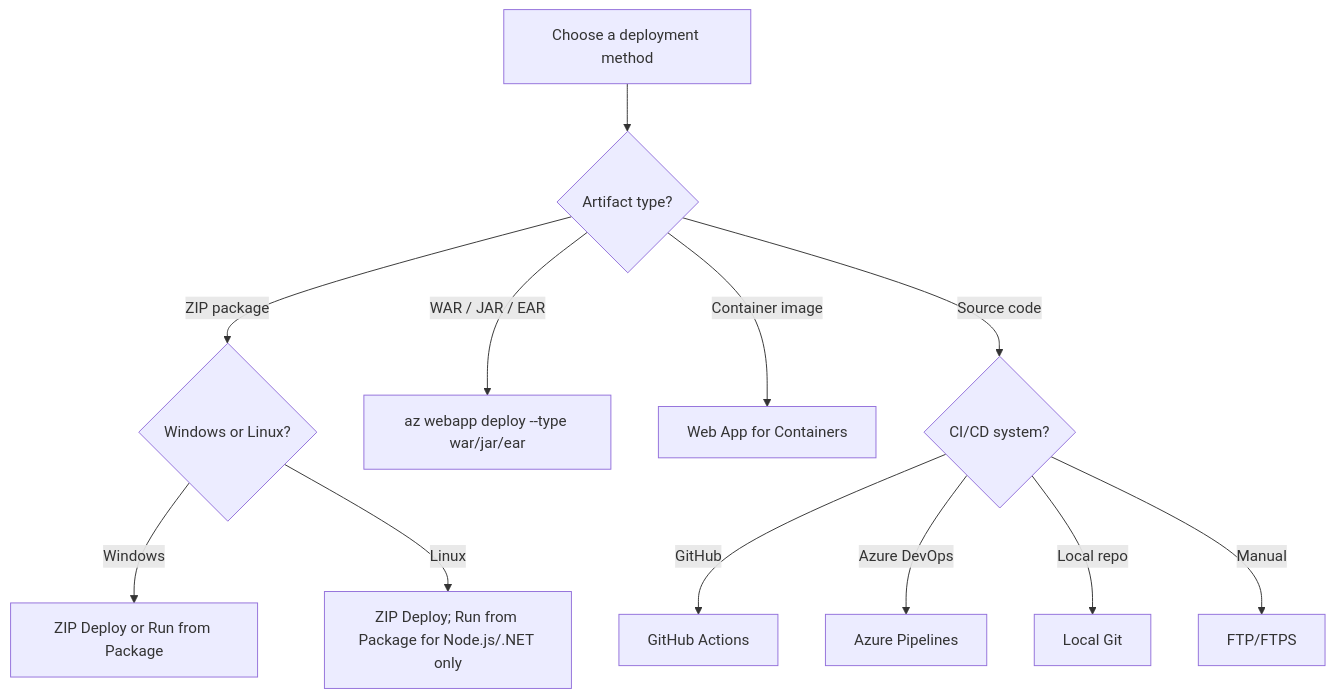
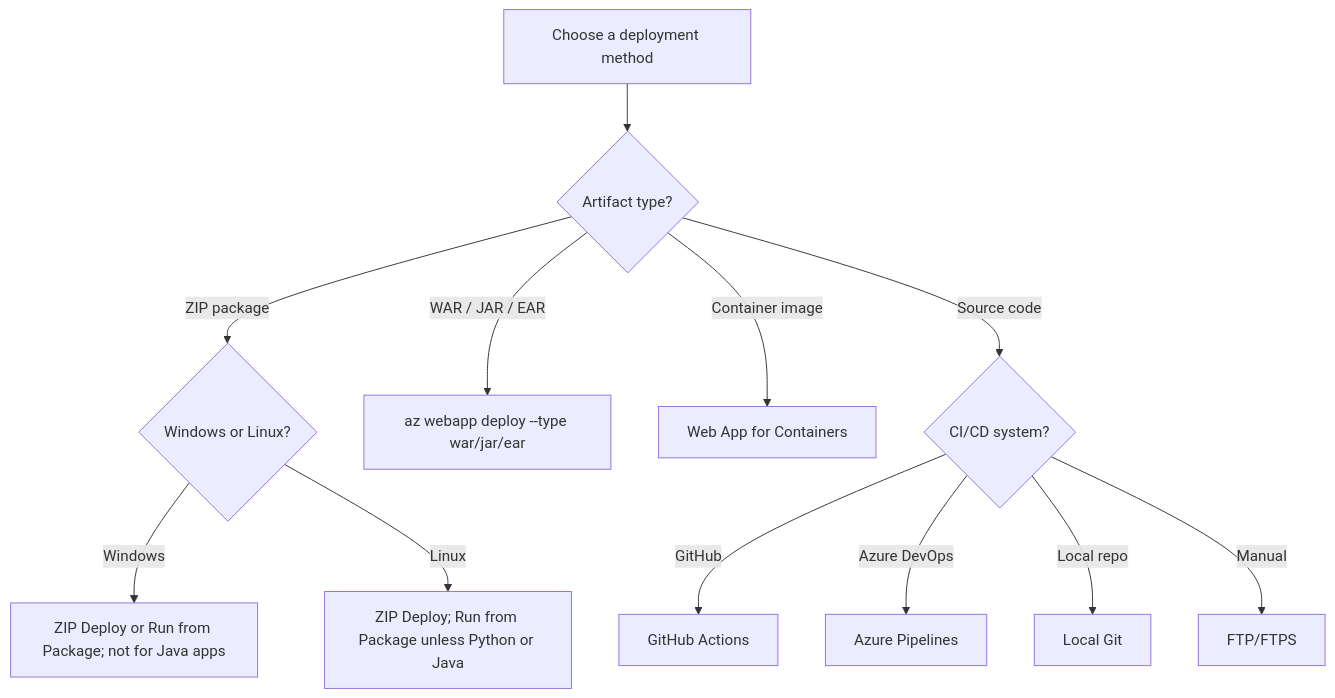
One commit to yeongseon/azure-app-service-practical-guide changed the diagram in docs/platform/deployment-options.md. Above: the diagram before and after it, drawn with Mermaid. The commit also changed other lines of this file and 12 other files, not shown here.

First line of the commit message:
docs: add Run From Package platform page and correct unsupported-runtime guidance

````diff
--- a/docs/platform/deployment-options.md
+++ b/docs/platform/deployment-options.md
@@ -61,14 +61,14 @@
 ```mermaid
 flowchart TD
     A[Choose a deployment method] --> B{Artifact type?}
     B -- ZIP package --> C{Windows or Linux?}
-    C -- Windows --> D[ZIP Deploy or Run from Package]
-    C -- Linux --> E[ZIP Deploy; Run from Package for Node.js/.NET only]
+    C -- Windows --> D[ZIP Deploy or Run from Package; not for Java apps]
+    C -- Linux --> E[ZIP Deploy; Run from Package unless Python or Java]
     B -- WAR / JAR / EAR --> F[az webapp deploy --type war/jar/ear]
     B -- Container image --> G[Web App for Containers]
     B -- Source code --> H{CI/CD system?}
     H -- GitHub --> I[GitHub Actions]
     H -- Azure DevOps --> J[Azure Pipelines]
     H -- Local repo --> K[Local Git]
     H -- Manual --> L[FTP/FTPS]
 ```
````
